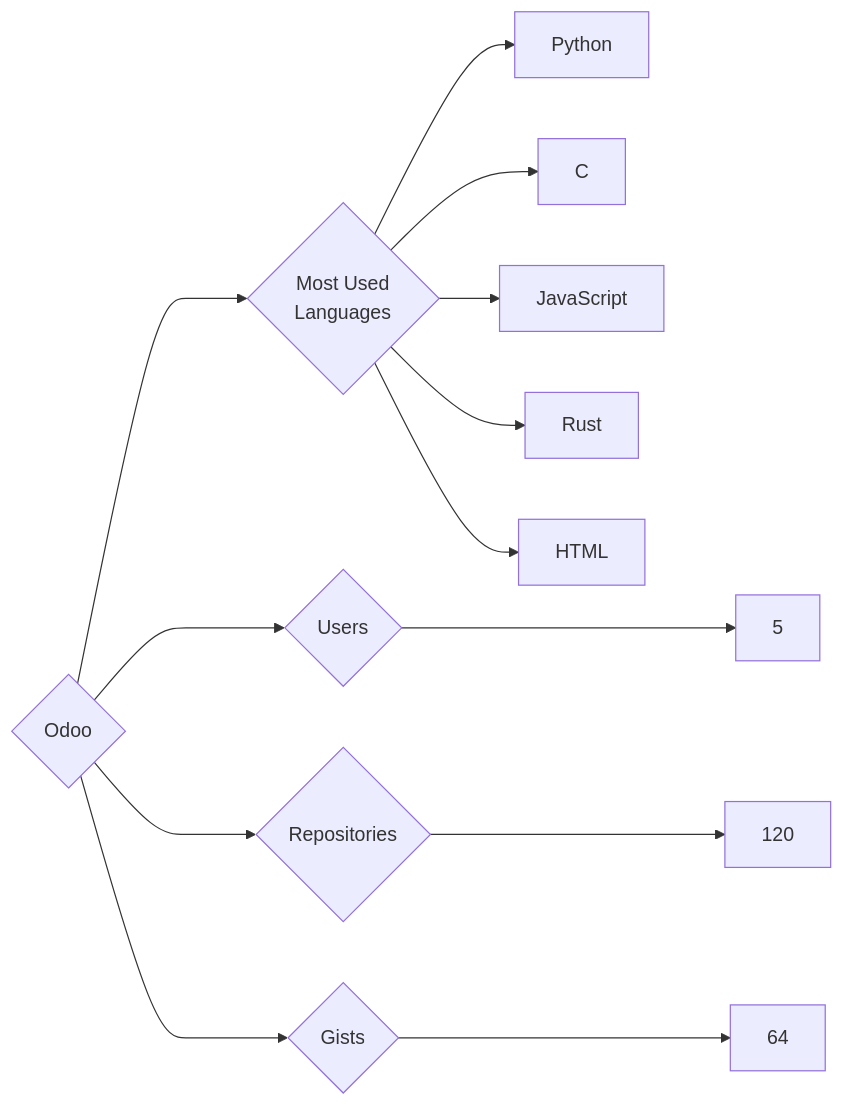
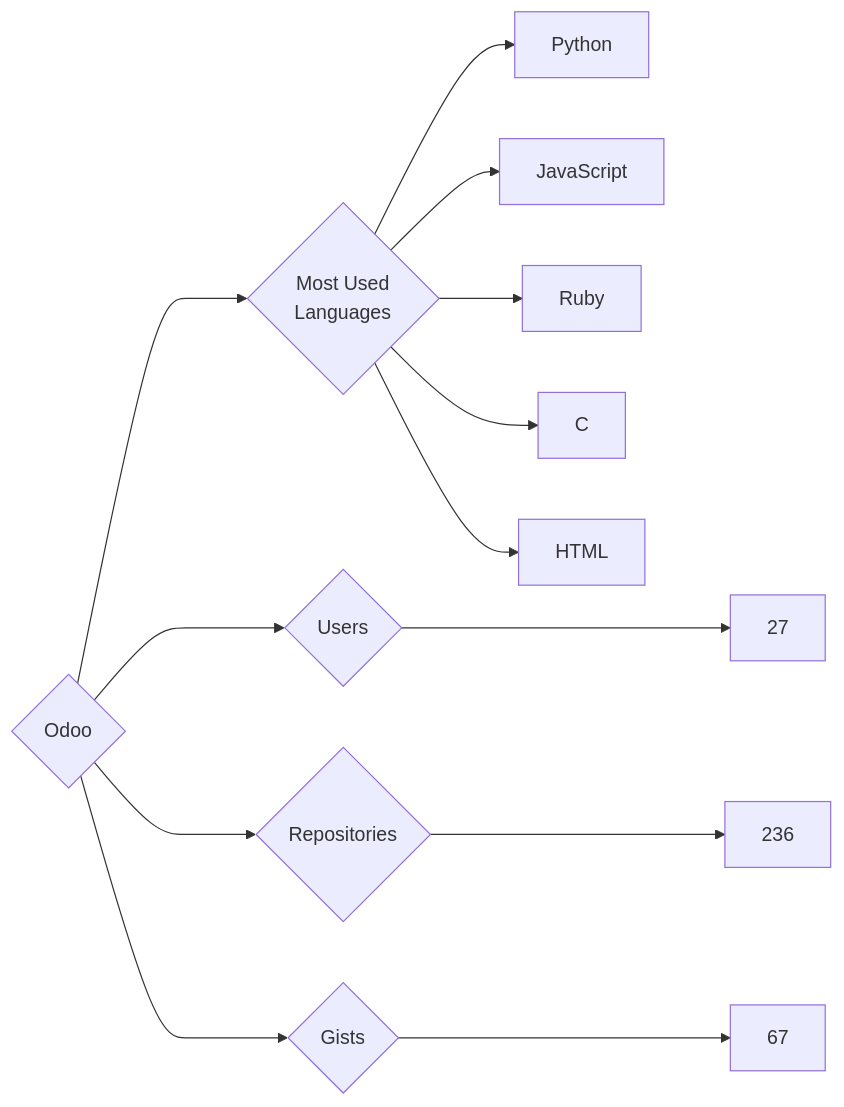
Before and after one commit to trickest/insiders: the diagram in targets/Odoo/README.md, drawn with Mermaid. The commit also changed 964 other files, not shown here.

````diff
--- a/targets/Odoo/README.md
+++ b/targets/Odoo/README.md
@@ -3,13 +3,13 @@
 ```mermaid
 graph LR
 COMPANY_NAME{Odoo}
-COMPANY_NAME ---> U{Users} ---> UN[5]
-COMPANY_NAME ---> R{Repositories} ---> RN[120]
-COMPANY_NAME ---> G{Gists} ---> GN[64]
+COMPANY_NAME ---> U{Users} ---> UN[27]
+COMPANY_NAME ---> R{Repositories} ---> RN[236]
+COMPANY_NAME ---> G{Gists} ---> GN[67]
 COMPANY_NAME ---> ML{Most Used<br>Languages}
 ML --> Python[Python]
+ML --> JavaScript[JavaScript]
+ML --> Ruby[Ruby]
 ML --> C[C]
-ML --> JavaScript[JavaScript]
-ML --> Rust[Rust]
 ML --> HTML[HTML]
 ```
````
